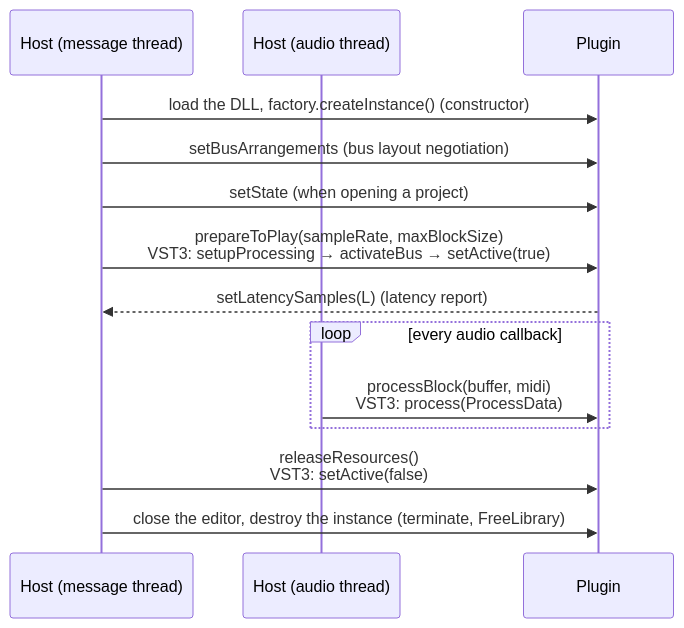
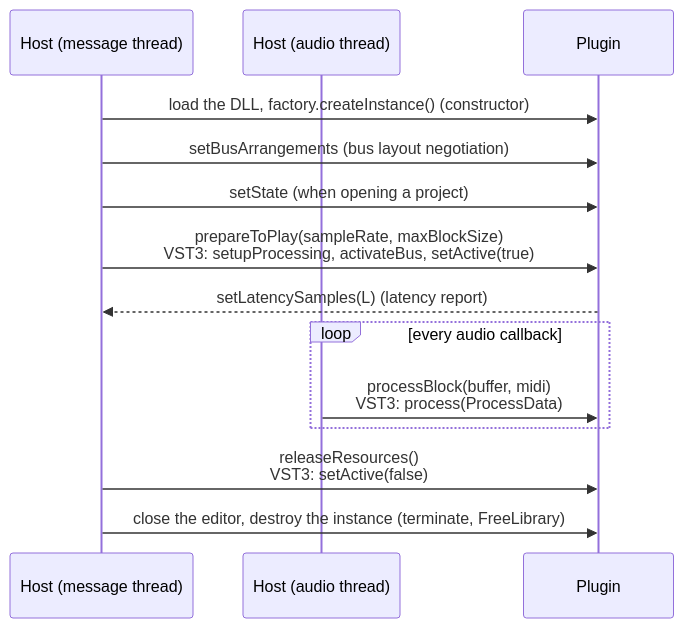
Before and after one commit to TomHsieh300/DAW-for-fun: the fourth of 7 diagrams in lessons/13-vst-hosting/README.md, drawn with Mermaid. The commit also changed other lines of this file and 5 other files, not shown here.

First line of the commit message:
ch13: redraw text diagrams as Mermaid and SVG figures

````diff
--- a/lessons/13-vst-hosting/README.md
+++ b/lessons/13-vst-hosting/README.md
@@ -203,16 +193,16 @@
 ```mermaid
 sequenceDiagram
     participant H as Host (message thread)
     participant A as Host (audio thread)
     participant P as Plugin
     H->>P: load the DLL, factory.createInstance() (constructor)
     H->>P: setBusArrangements (bus layout negotiation)
     H->>P: setState (when opening a project)
-    H->>P: prepareToPlay(sampleRate, maxBlockSize)<br/>VST3: setupProcessing → activateBus → setActive(true)
+    H->>P: prepareToPlay(sampleRate, maxBlockSize)<br/>VST3: setupProcessing, activateBus, setActive(true)
     P-->>H: setLatencySamples(L) (latency report)
     loop every audio callback
         A->>P: processBlock(buffer, midi)<br/>VST3: process(ProcessData)
     end
     H->>P: releaseResources()<br/>VST3: setActive(false)
     H->>P: close the editor, destroy the instance (terminate, FreeLibrary)
 ```
````
